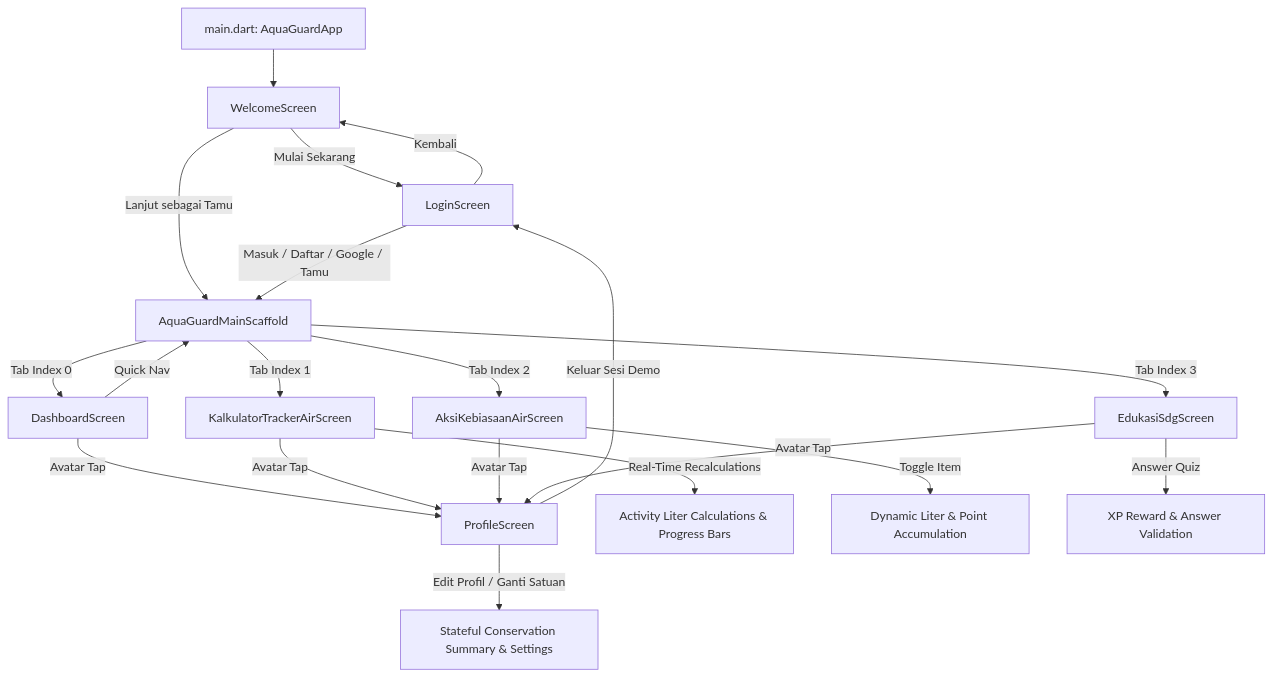
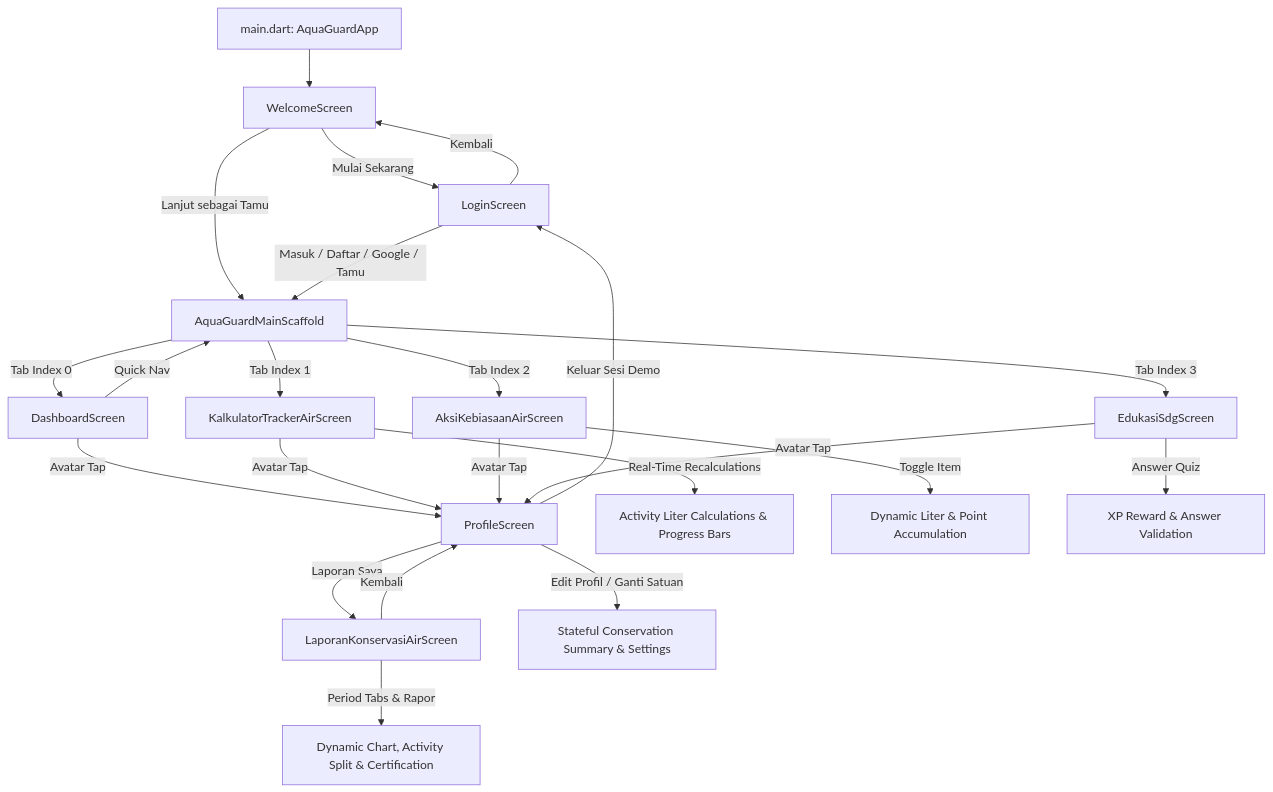
One commit to MitsuneX/Aqua-Guard changed the diagram in README.md. Above: the diagram before and after it, drawn with Mermaid. The commit also changed other lines of this file and 4 other files, not shown here.

````diff
--- a/README.md
+++ b/README.md
@@ -74,24 +75,27 @@
 ```mermaid
 graph TD
     A[main.dart: AquaGuardApp] --> W[WelcomeScreen]
     W -->|Mulai Sekarang| L[LoginScreen]
     W -->|Lanjut sebagai Tamu| B[AquaGuardMainScaffold]
     L -->|Masuk / Daftar / Google / Tamu| B[AquaGuardMainScaffold]
     B -->|Tab Index 0| C[DashboardScreen]
     B -->|Tab Index 1| D[KalkulatorTrackerAirScreen]
     B -->|Tab Index 2| E[AksiKebiasaanAirScreen]
     B -->|Tab Index 3| F[EdukasiSdgScreen]
     
     C -->|Avatar Tap| P[ProfileScreen]
     D -->|Avatar Tap| P
     E -->|Avatar Tap| P
     F -->|Avatar Tap| P
+    P -->|Laporan Saya| R[LaporanKonservasiAirScreen]
+    R -->|Kembali| P
     P -->|Keluar Sesi Demo| L
     L -->|Kembali| W
 
     C -->|Quick Nav| B
     D -->|Real-Time Recalculations| D1[Activity Liter Calculations & Progress Bars]
     E -->|Toggle Item| E1[Dynamic Liter & Point Accumulation]
     F -->|Answer Quiz| F1[XP Reward & Answer Validation]
     P -->|Edit Profil / Ganti Satuan| P1[Stateful Conservation Summary & Settings]
+    R -->|Period Tabs & Rapor| R1[Dynamic Chart, Activity Split & Certification]
 ```
````
